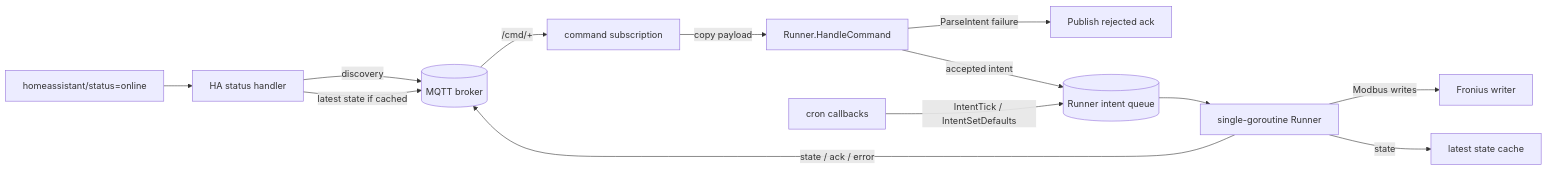
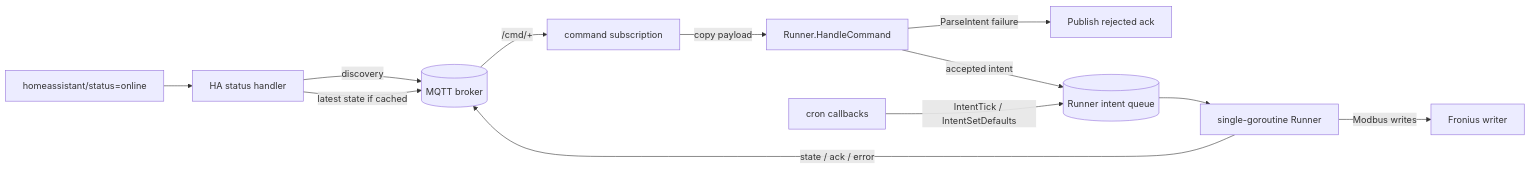
One commit to atbore-phx/sbam changed the diagram in docs/implementations/88-issue-wire-mqtt-schedule/88-issue-wire-mqtt-schedule-PLAN.md. Above: the diagram before and after it, drawn with Mermaid. The commit also changed other lines of this file and 4 other files, not shown here.

Commit message:
Remove latest-state cache and HA-online republish; update tests and TASK/PLAN

````diff
--- a/docs/implementations/88-issue-wire-mqtt-schedule/88-issue-wire-mqtt-schedule-PLAN.md
+++ b/docs/implementations/88-issue-wire-mqtt-schedule/88-issue-wire-mqtt-schedule-PLAN.md
@@ -51,15 +51,14 @@
 ```mermaid
 flowchart LR
 	Broker[(MQTT broker)] -->|<prefix>/cmd/+| CmdSub[command subscription]
 	CmdSub -->|copy payload| Handle[Runner.HandleCommand]
 	Handle -->|ParseIntent failure| AckReject[Publish rejected ack]
 	Handle -->|accepted intent| Inbox[(Runner intent queue)]
 	Cron[cron callbacks] -->|IntentTick / IntentSetDefaults| Inbox
 	Inbox --> Runner[single-goroutine Runner]
 	Runner -->|Modbus writes| Fronius[Fronius writer]
-	Runner -->|state| StateCache[latest state cache]
 	Runner -->|state / ack / error| Broker
 	HA[homeassistant/status=online] --> HAHandler[HA status handler]
 	HAHandler -->|discovery| Broker
 	HAHandler -->|latest state if cached| Broker
 ```
````
